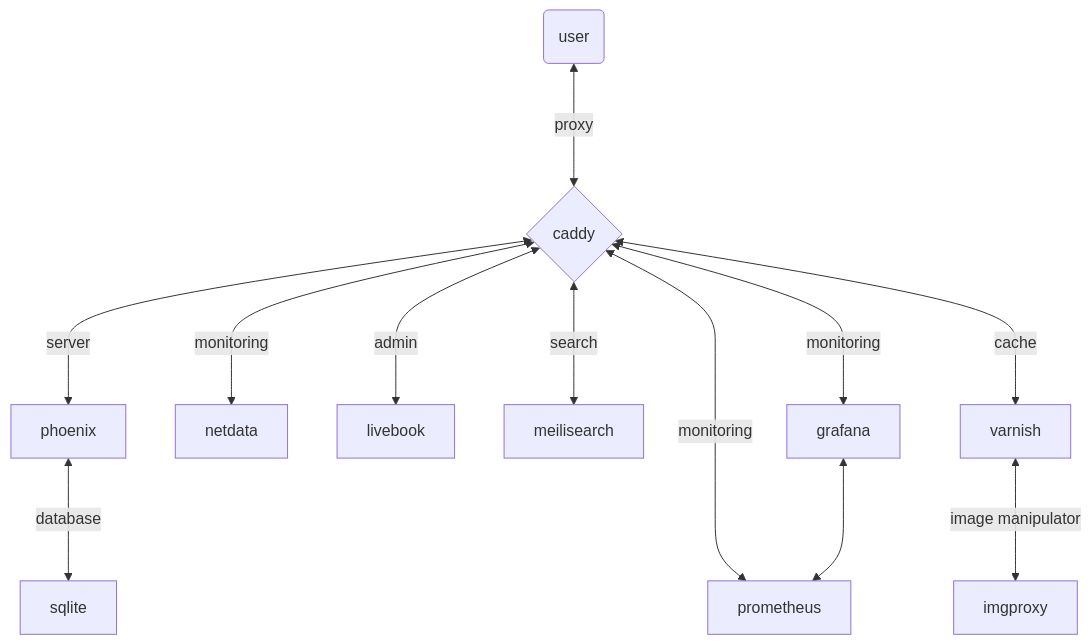
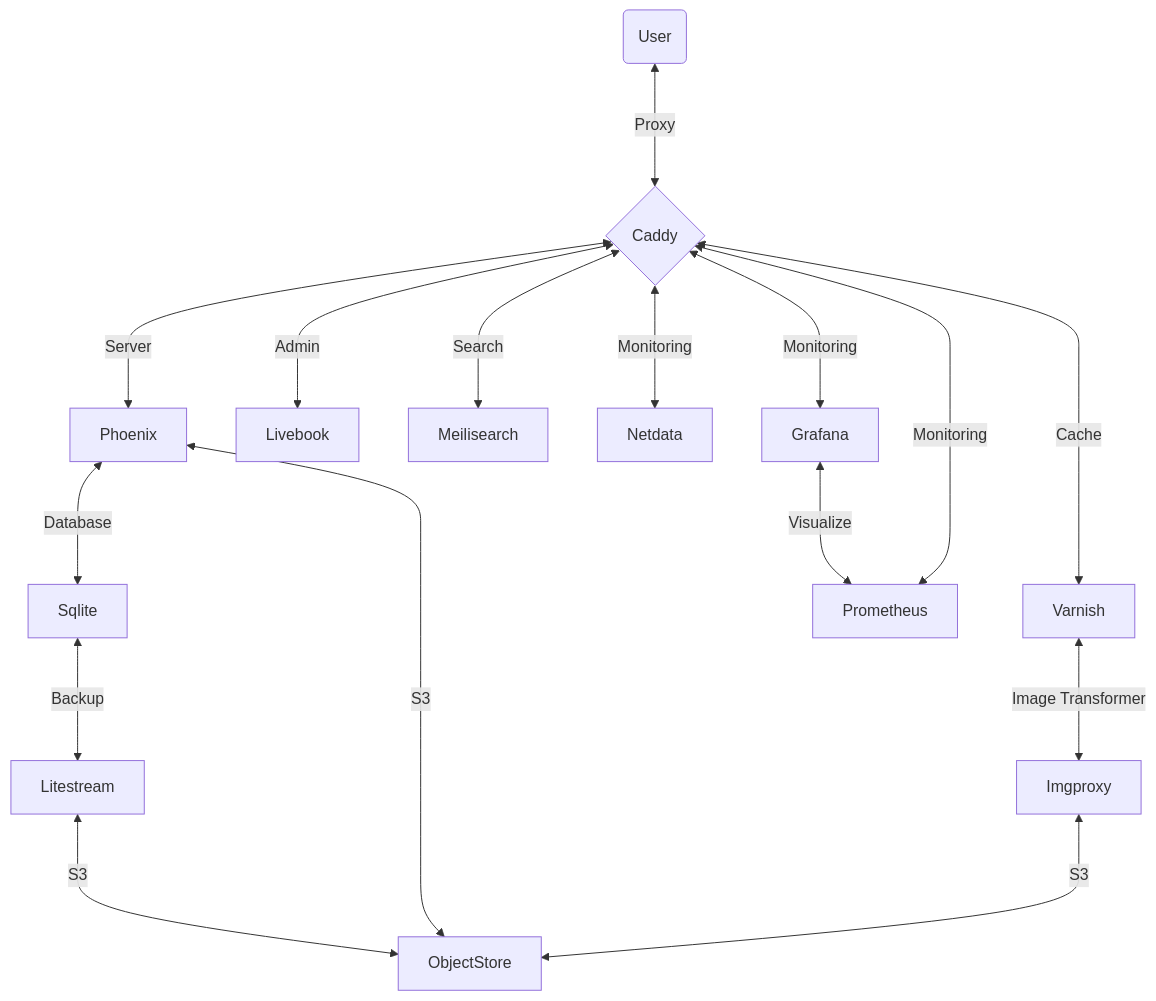
The diagram in README.md (derpycoder/derpy_tools), drawn with Mermaid before and after one commit. The commit also changed 1 other file, not shown here.

Commit message:
Architecture updated.

````diff
--- a/README.md
+++ b/README.md
@@ -36,14 +36,26 @@
 ```mermaid
 graph TD
-  U(user) <---> |proxy| C{caddy}
-  C{caddy} <---> |server| phoenix
-  phoenix <---> |database| sqlite
-  C{caddy} <---> |monitoring| netdata
-  C{caddy} <---> |admin| livebook
-  C{caddy} <---> |search| meilisearch
-  C{caddy} <---> |monitoring| grafana
-  C{caddy} <---> |monitoring| prometheus
-  grafana <---> prometheus
-  C{caddy} <---> |cache| varnish
-  varnish <---> |image manipulator| imgproxy
+
+U(User) <---> |Proxy| C{Caddy}
+
+C{Caddy} <---> |Server| Phoenix
+Phoenix <---> |Database| Sqlite
+
+Sqlite <---> |Backup| Litestream
+
+Phoenix <---> |S3| ObjectStore
+Litestream <---> |S3| ObjectStore
+Imgproxy <---> |S3| ObjectStore
+
+C{Caddy} <---> |Admin| Livebook
+C{Caddy} <---> |Search| Meilisearch
+
+C{Caddy} <---> |Monitoring| Netdata
+
+C{Caddy} <---> |Monitoring| Grafana
+C{Caddy} <---> |Monitoring| Prometheus
+Grafana <---> |Visualize| Prometheus
+
+C{Caddy} <---> |Cache| Varnish
+Varnish <---> |Image Transformer| Imgproxy
 ```
````
